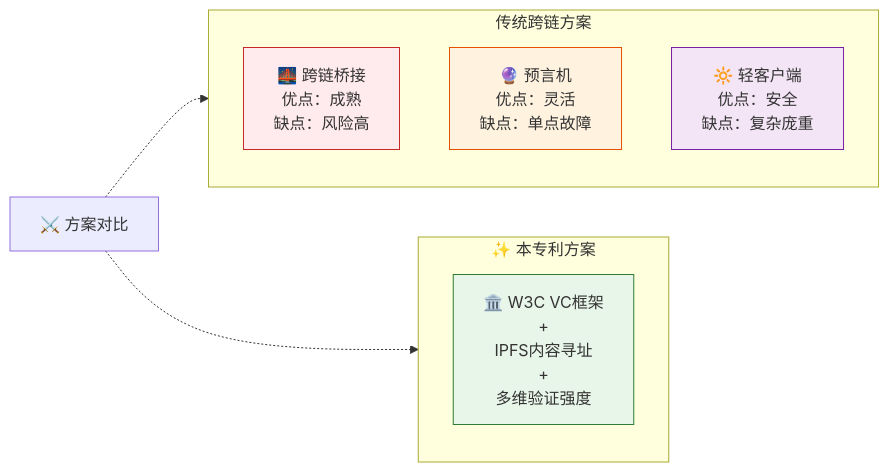
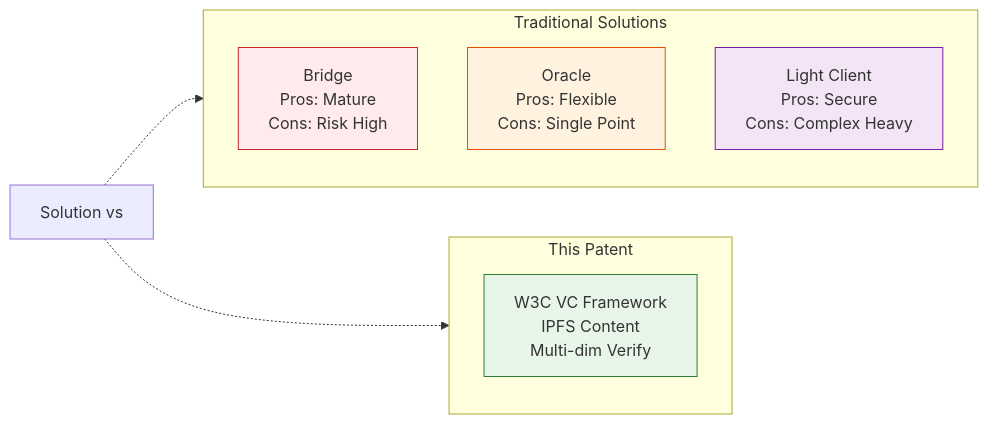
Diagram 11 of 17 in src/jcc_blog/pic.md (JCCDex/jcc_document), drawn with Mermaid before and after one commit. The commit also changed other lines of this file, not shown here.

First line of the commit message:
Fix Mermaid 8.9.2 compatibility issues

````diff
--- a/src/jcc_blog/pic.md
+++ b/src/jcc_blog/pic.md
@@ -380,20 +380,20 @@
 ```mermaid
 graph LR
-    subgraph Traditional["传统跨链方案"]
-        B["🌉 跨链桥接<br/>优点：成熟<br/>缺点：风险高"]
-        O["🔮 预言机<br/>优点：灵活<br/>缺点：单点故障"]
-        LC["🔆 轻客户端<br/>优点：安全<br/>缺点：复杂庞重"]
+    subgraph Traditional["Traditional Solutions"]
+        B["Bridge<br/>Pros: Mature<br/>Cons: Risk High"]
+        O["Oracle<br/>Pros: Flexible<br/>Cons: Single Point"]
+        LC["Light Client<br/>Pros: Secure<br/>Cons: Complex Heavy"]
     end
     
-    subgraph Ours["✨ 本专利方案"]
-        VC["🏛️ W3C VC框架<br/>+<br/>IPFS内容寻址<br/>+<br/>多维验证强度"]
+    subgraph Ours["This Patent"]
+        VC["W3C VC Framework<br/>IPFS Content<br/>Multi-dim Verify"]
     end
     
-    Comparison["⚔️ 方案对比"] -.->Traditional
+    Comparison["Solution vs"] -.->Traditional
     Comparison -.->Ours
     
     style B fill:#ffebee,stroke:#c62828
     style O fill:#fff3e0,stroke:#e65100
     style LC fill:#f3e5f5,stroke:#7b1fa2
     style VC fill:#e8f5e9,stroke:#2e7d32
 ```
````
